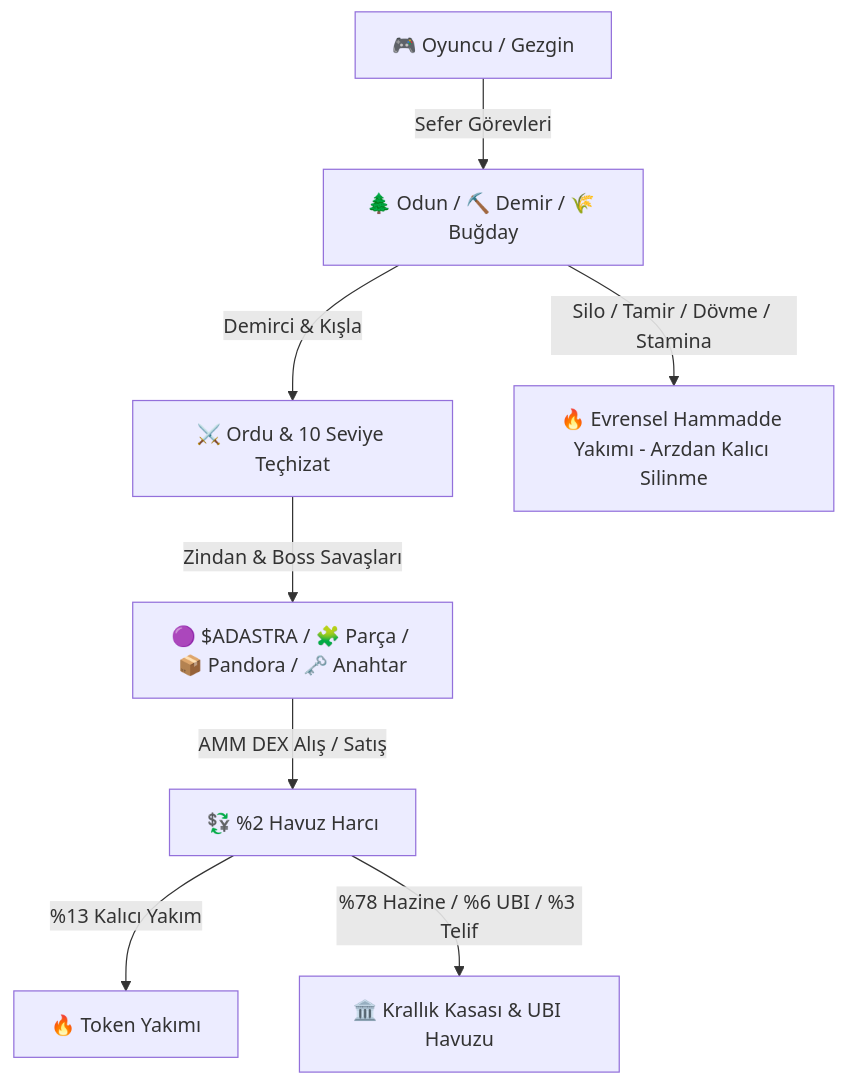
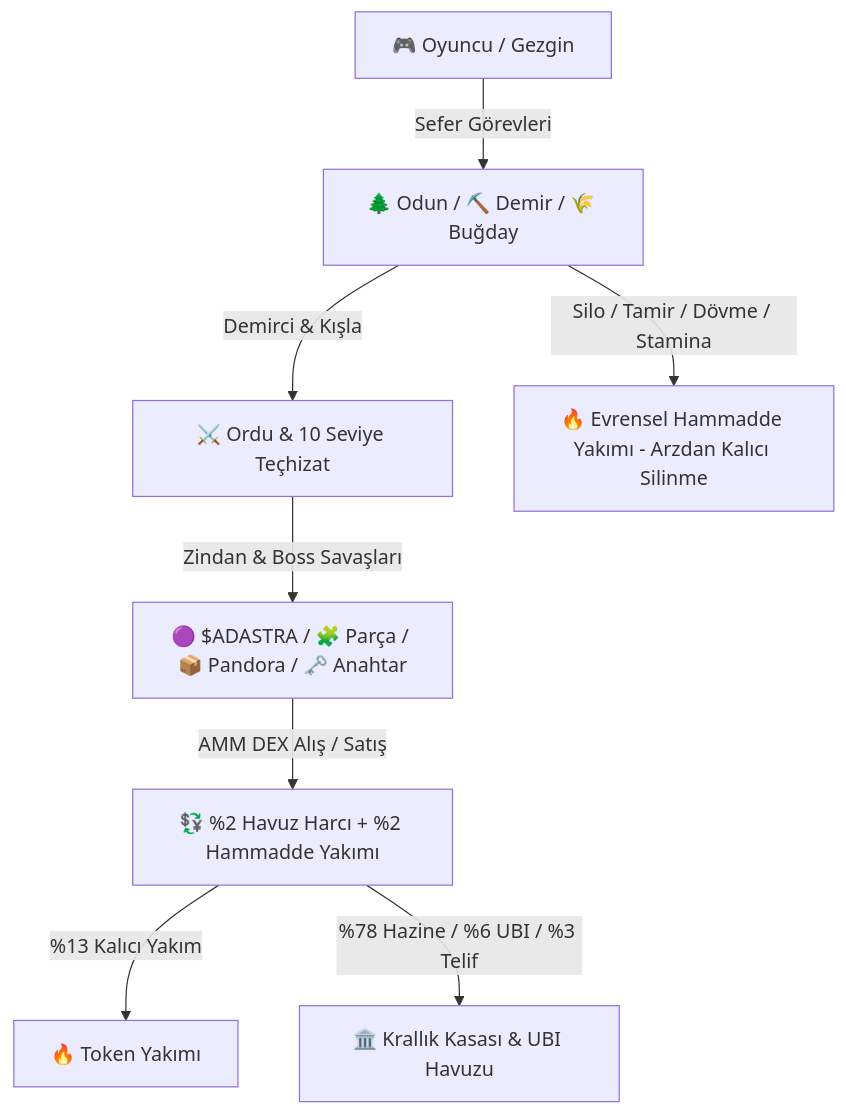
Before and after one commit to blockchainary/AdAstra-Game-1: the diagram in docs/GAME_DESIGN_AND_ECONOMY_WHITEPAPER.md, drawn with Mermaid. The commit also changed other lines of this file and 7 other files, not shown here.

````diff
--- a/docs/GAME_DESIGN_AND_ECONOMY_WHITEPAPER.md
+++ b/docs/GAME_DESIGN_AND_ECONOMY_WHITEPAPER.md
@@ -33,10 +34,10 @@
 ```mermaid
 graph TD
     User[🎮 Oyuncu / Gezgin] -->|Sefer Görevleri| Res[🌲 Odun / ⛏️ Demir / 🌾 Buğday]
     Res -->|Demirci & Kışla| Army[⚔️ Ordu & 10 Seviye Teçhizat]
     Army -->|Zindan & Boss Savaşları| Loot[🟣 $ADASTRA / 🧩 Parça / 📦 Pandora / 🗝️ Anahtar]
     Res -->|Silo / Tamir / Dövme / Stamina| BurnRes[🔥 Evrensel Hammadde Yakımı - Arzdan Kalıcı Silinme]
-    Loot -->|AMM DEX Alış / Satış| AMM[💱 %2 Havuz Harcı]
+    Loot -->|AMM DEX Alış / Satış| AMM[💱 %2 Havuz Harcı + %2 Hammadde Yakımı]
     AMM -->|%13 Kalıcı Yakım| BurnToken[🔥 Token Yakımı]
     AMM -->|%78 Hazine / %6 UBI / %3 Telif| Treasury[🏛️ Krallık Kasası & UBI Havuzu]
 ```
````
